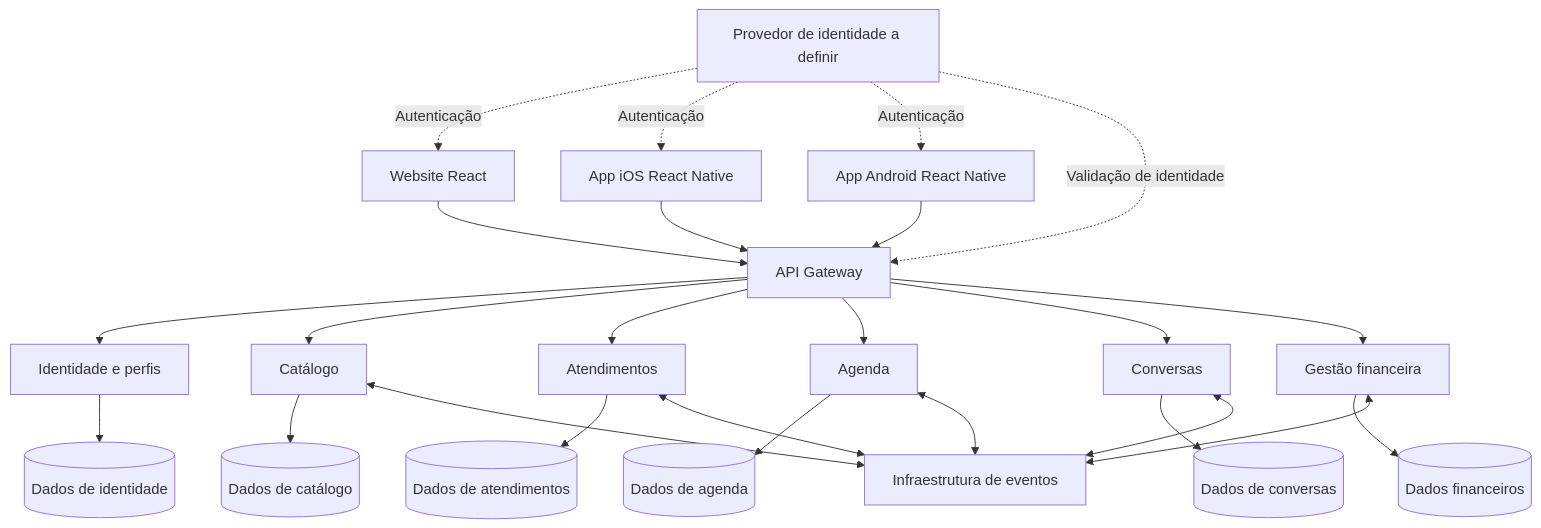
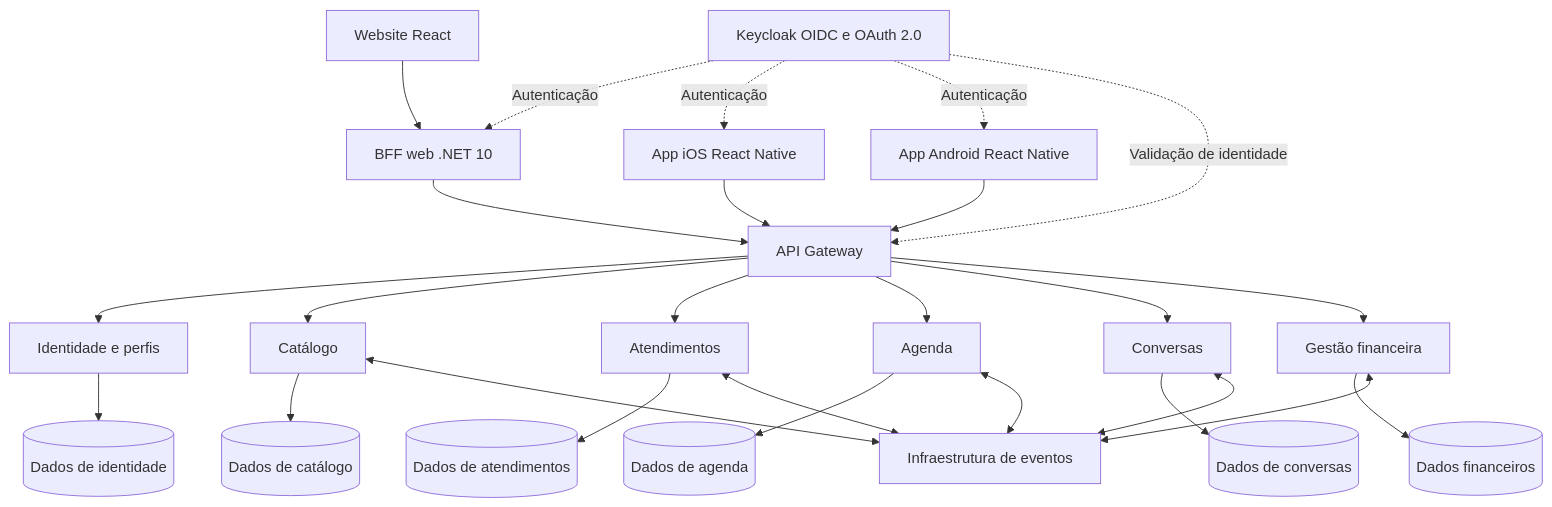
One commit to vitorvianna05/InkLink-Platform changed the diagram in docs/architecture.md. Above: the diagram before and after it, drawn with Mermaid. The commit also changed other lines of this file and 9 other files, not shown here.

````diff
--- a/docs/architecture.md
+++ b/docs/architecture.md
@@ -40,27 +40,28 @@
 ```mermaid
 flowchart TB
-    Web[Website React] --> Gateway[API Gateway]
+    Web[Website React] --> BFF[BFF web .NET 10]
+    BFF --> Gateway[API Gateway]
     IOS[App iOS React Native] --> Gateway
     Android[App Android React Native] --> Gateway
-    Auth[Provedor de identidade a definir] -. Autenticação .-> Web
+    Auth[Keycloak OIDC e OAuth 2.0] -. Autenticação .-> BFF
     Auth -. Autenticação .-> IOS
     Auth -. Autenticação .-> Android
     Auth -. Validação de identidade .-> Gateway
     Gateway --> Identity[Identidade e perfis]
     Gateway --> Catalog[Catálogo]
     Gateway --> Care[Atendimentos]
     Gateway --> Schedule[Agenda]
     Gateway --> Chat[Conversas]
     Gateway --> Finance[Gestão financeira]
     Identity --> IdentityData[(Dados de identidade)]
     Catalog --> CatalogData[(Dados de catálogo)]
     Care --> CareData[(Dados de atendimentos)]
     Schedule --> ScheduleData[(Dados de agenda)]
     Chat --> ChatData[(Dados de conversas)]
     Finance --> FinanceData[(Dados financeiros)]
     Care <--> Events[Infraestrutura de eventos]
     Schedule <--> Events
     Chat <--> Events
     Finance <--> Events
     Catalog <--> Events
 ```
````
